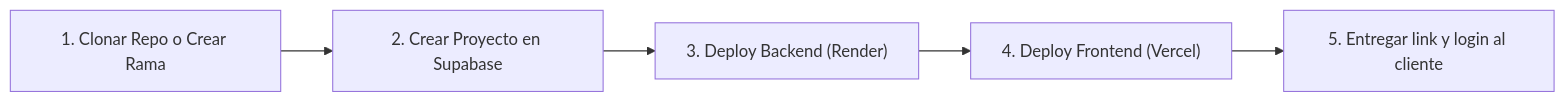
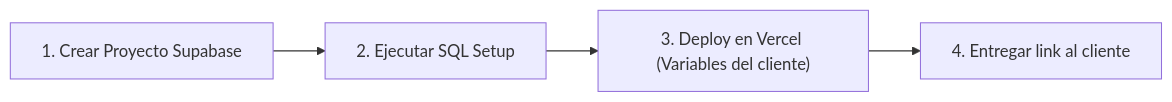
Before and after one commit to chavow5/reservas-de-turnos: the diagram in DEPLOY_GUIDE.md, drawn with Mermaid. The commit also changed other lines of this file and 17 other files, not shown here.

````diff
--- a/DEPLOY_GUIDE.md
+++ b/DEPLOY_GUIDE.md
@@ -81,7 +70,6 @@
 ```mermaid
 flowchart LR
-    A["1. Clonar Repo o Crear Rama"] --> B["2. Crear Proyecto en Supabase"]
-    B --> C["3. Deploy Backend (Render)"]
-    C --> D["4. Deploy Frontend (Vercel)"]
-    D --> E["5. Entregar link y login al cliente"]
+    A["1. Crear Proyecto Supabase"] --> B["2. Ejecutar SQL Setup"]
+    B --> C["3. Deploy en Vercel (Variables del cliente)"]
+    C --> D["4. Entregar link al cliente"]
 ```
````
